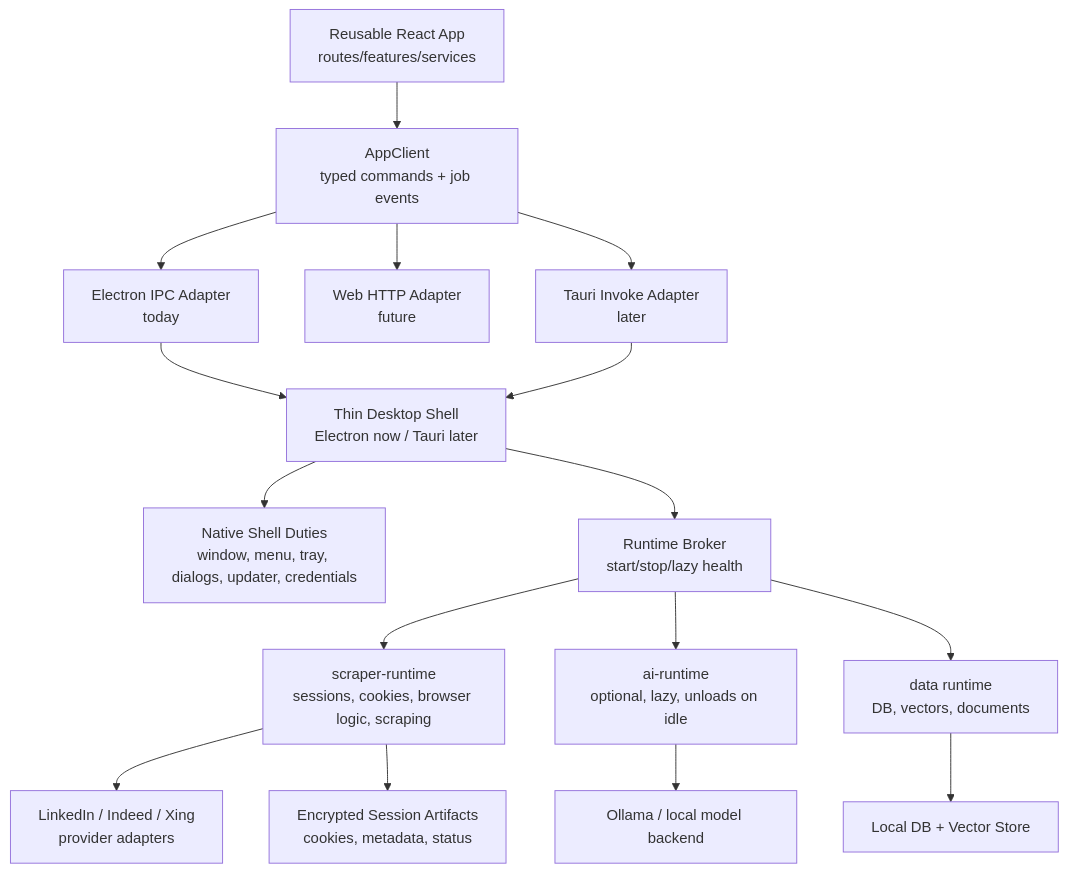
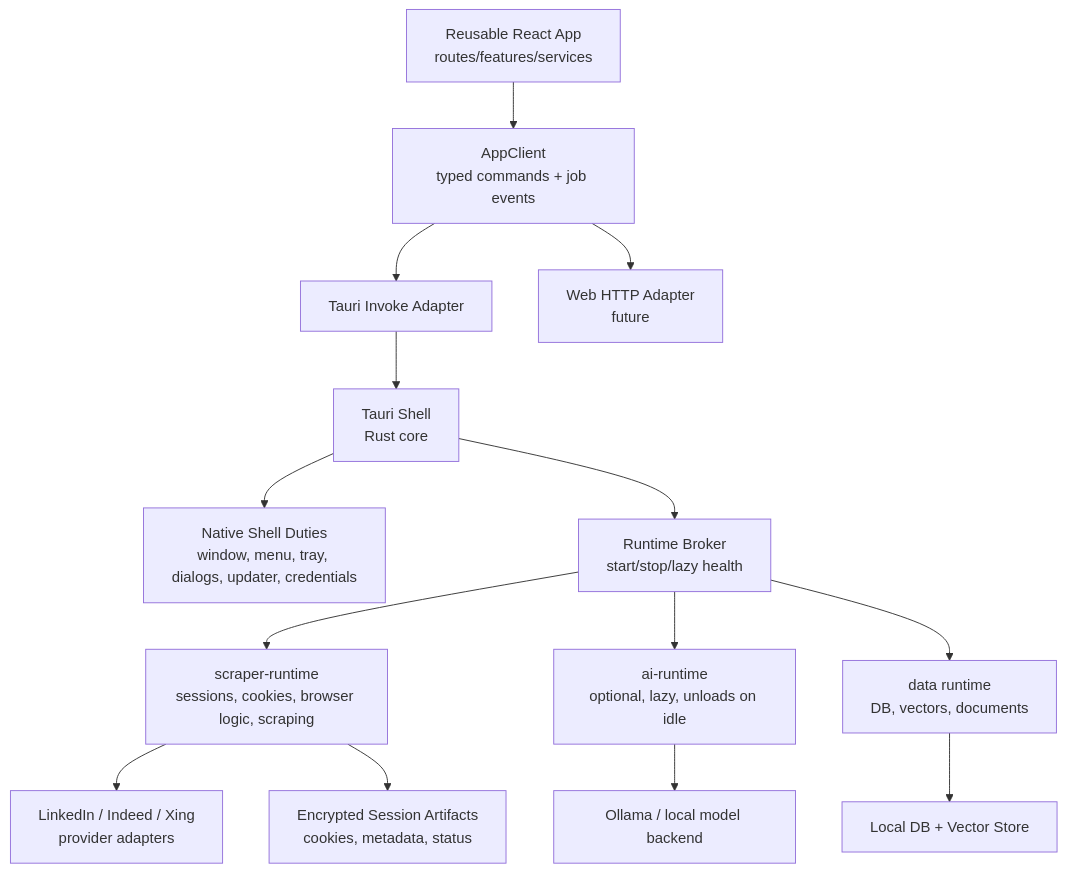
One commit to saeedkolivand/ai-job-hunter-app changed the diagram in docs/ARCHITECTURE_STATUS.md. Above: the diagram before and after it, drawn with Mermaid. The commit also changed other lines of this file and 28 other files, not shown here.

First line of the commit message:
chore: remove electron — tauri is the only shell

````diff
--- a/docs/ARCHITECTURE_STATUS.md
+++ b/docs/ARCHITECTURE_STATUS.md
@@ -13,23 +11,21 @@
 ```mermaid
 flowchart TD
   UI["Reusable React App<br/>routes/features/services"] --> Client["AppClient<br/>typed commands + job events"]
 
-  Client --> DesktopIPC["Electron IPC Adapter<br/>today"]
+  Client --> TauriInvoke["Tauri Invoke Adapter"]
   Client --> WebHTTP["Web HTTP Adapter<br/>future"]
-  Client --> TauriInvoke["Tauri Invoke Adapter<br/>later"]
 
-  DesktopIPC --> Shell["Thin Desktop Shell<br/>Electron now / Tauri later"]
-  TauriInvoke --> Shell
+  TauriInvoke --> Shell["Tauri Shell<br/>Rust core"]
 
   Shell --> Native["Native Shell Duties<br/>window, menu, tray, dialogs, updater, credentials"]
   Shell --> RuntimeBroker["Runtime Broker<br/>start/stop/lazy health"]
 
   RuntimeBroker --> Scraper["scraper-runtime<br/>sessions, cookies, browser logic, scraping"]
   RuntimeBroker --> AI["ai-runtime<br/>optional, lazy, unloads on idle"]
   RuntimeBroker --> Data["data runtime<br/>DB, vectors, documents"]
 
   Scraper --> Providers["LinkedIn / Indeed / Xing<br/>provider adapters"]
   Scraper --> SessionStore["Encrypted Session Artifacts<br/>cookies, metadata, status"]
   Data --> Storage["Local DB + Vector Store"]
   AI --> Ollama["Ollama / local model backend"]
 ```
````
